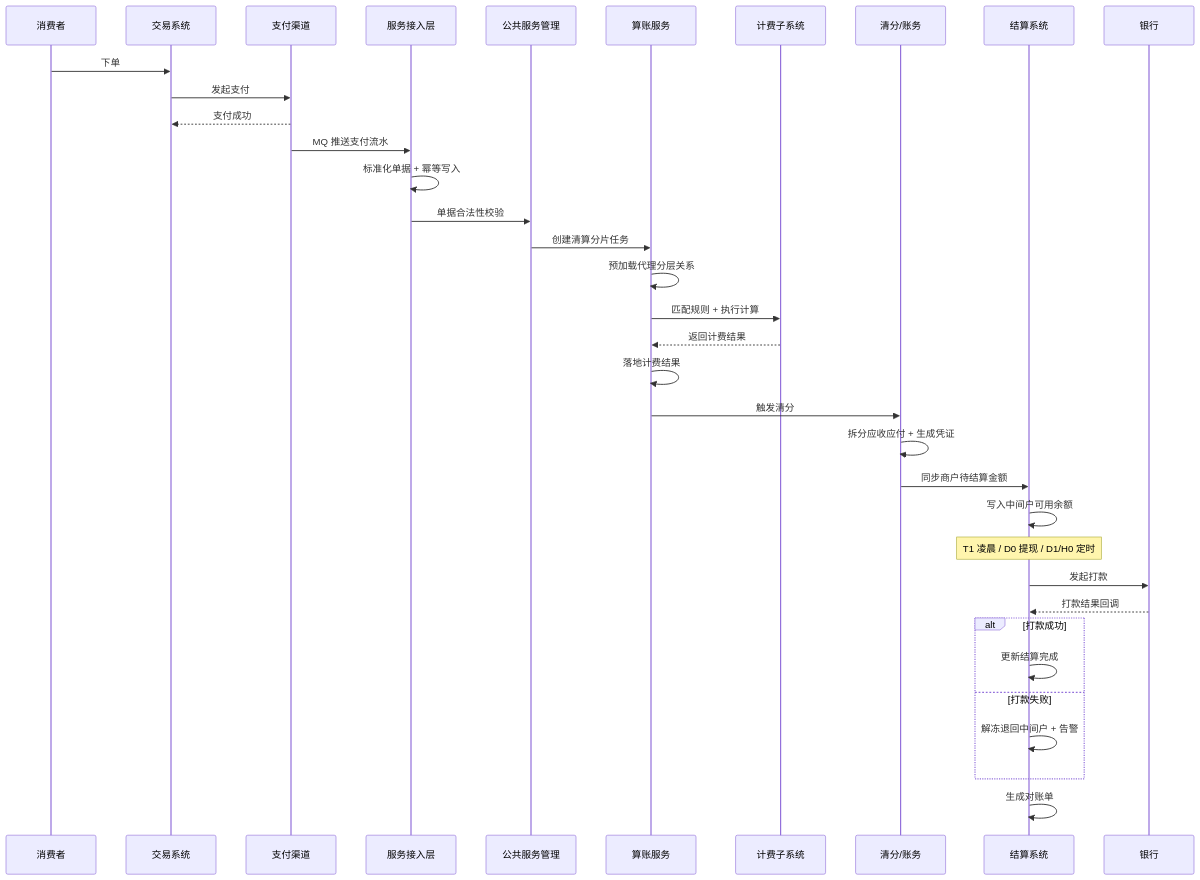
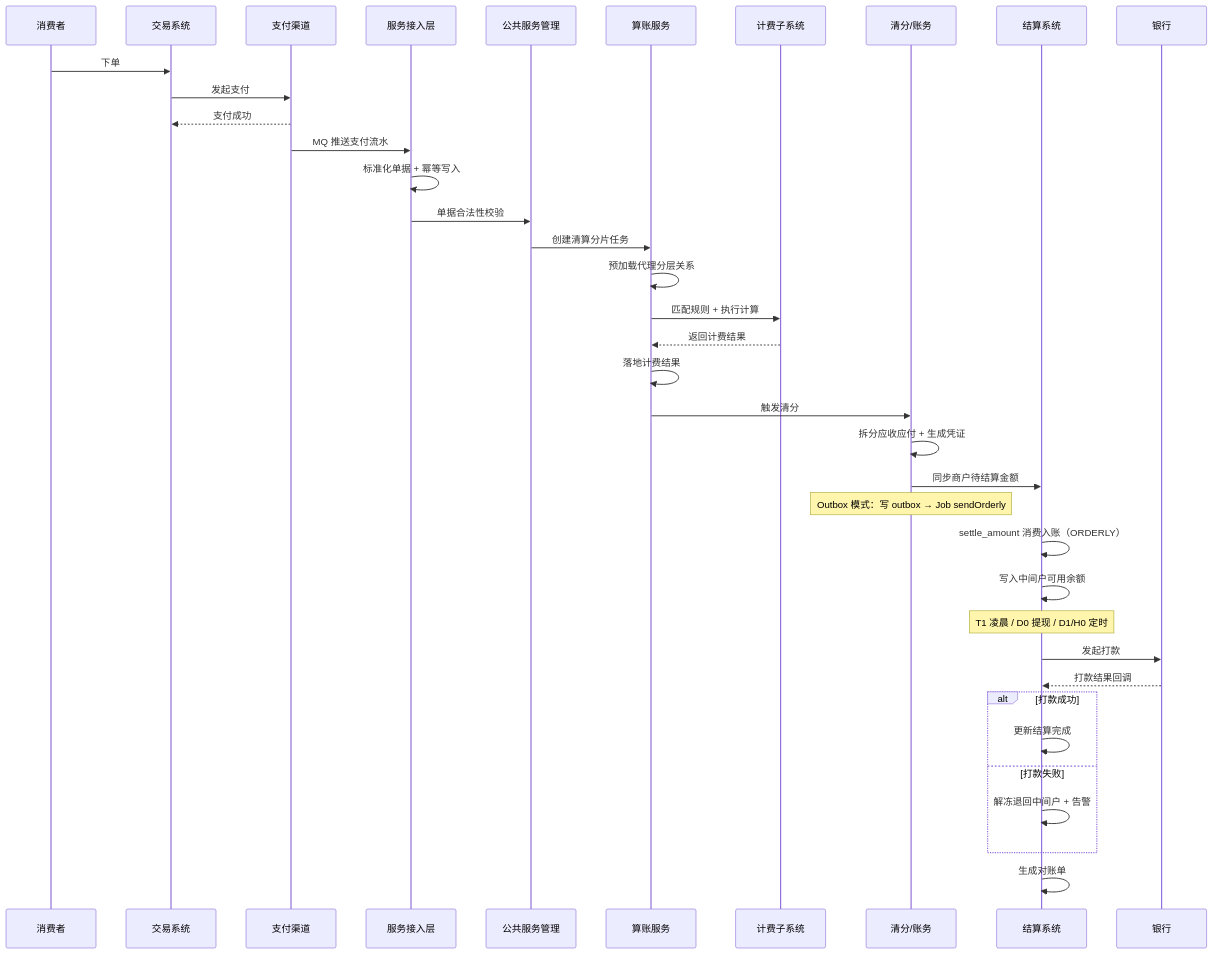
The fourth of 10 diagrams in docs/01-架构设计.md (maodongya/ai-pay-settle), drawn with Mermaid before and after one commit. The commit also changed other lines of this file and 92 other files, not shown here.

First line of the commit message:
Add specification doc, refresh architecture design, and document core Java APIs.

````diff
--- a/docs/01-架构设计.md
+++ b/docs/01-架构设计.md
@@ -157,38 +192,40 @@
 ```mermaid
 sequenceDiagram
     participant C as 消费者
     participant T as 交易系统
     participant P as 支付渠道
     participant A as 服务接入层
     participant G as 公共服务管理
     participant K as 算账服务
     participant F as 计费子系统
     participant S as 清分/账务
     participant ST as 结算系统
     participant B as 银行
 
     C->>T: 下单
     T->>P: 发起支付
     P-->>T: 支付成功
     P->>A: MQ 推送支付流水
     A->>A: 标准化单据 + 幂等写入
     A->>G: 单据合法性校验
     G->>K: 创建清算分片任务
     K->>K: 预加载代理分层关系
     K->>F: 匹配规则 + 执行计算
     F-->>K: 返回计费结果
     K->>K: 落地计费结果
     K->>S: 触发清分
     S->>S: 拆分应收应付 + 生成凭证
     S->>ST: 同步商户待结算金额
+    Note over S: Outbox 模式：写 outbox → Job sendOrderly
+    ST->>ST: settle_amount 消费入账（ORDERLY）
     ST->>ST: 写入中间户可用余额
     Note over ST: T1 凌晨 / D0 提现 / D1/H0 定时
     ST->>B: 发起打款
     B-->>ST: 打款结果回调
     alt 打款成功
         ST->>ST: 更新结算完成
     else 打款失败
         ST->>ST: 解冻退回中间户 + 告警
     end
     ST->>ST: 生成对账单
 ```
````
